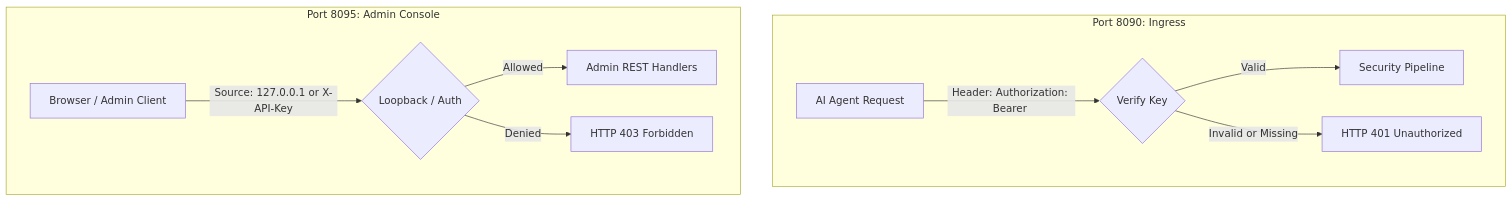
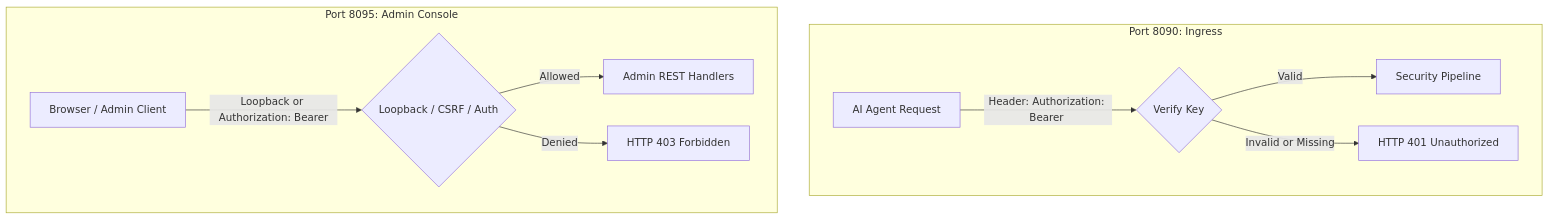
The diagram in docs/06-api-reference/overview.md (FaradAiLab/FaradAiWire), drawn with Mermaid before and after one commit. The commit also changed 13 other files, not shown here.

````diff
--- a/docs/06-api-reference/overview.md
+++ b/docs/06-api-reference/overview.md
@@ -17,14 +17,14 @@
 ```mermaid
 graph TD
     subgraph Agent Port [Port 8090: Ingress]
         A["AI Agent Request"] -->|"Header: Authorization: Bearer <API_KEY>"| V1{"Verify Key"}
         V1 -->|"Valid"| Pipeline["Security Pipeline"]
         V1 -->|"Invalid or Missing"| E401["HTTP 401 Unauthorized"]
     end
 
     subgraph Admin Port [Port 8095: Admin Console]
-        Admin["Browser / Admin Client"] -->|"Source: 127.0.0.1 or X-API-Key"| V2{"Loopback / Auth"}
+        Admin["Browser / Admin Client"] -->|"Loopback or Authorization: Bearer"| V2{"Loopback / CSRF / Auth"}
         V2 -->|"Allowed"| AdminAPI["Admin REST Handlers"]
         V2 -->|"Denied"| E403["HTTP 403 Forbidden"]
     end
 ```
````
